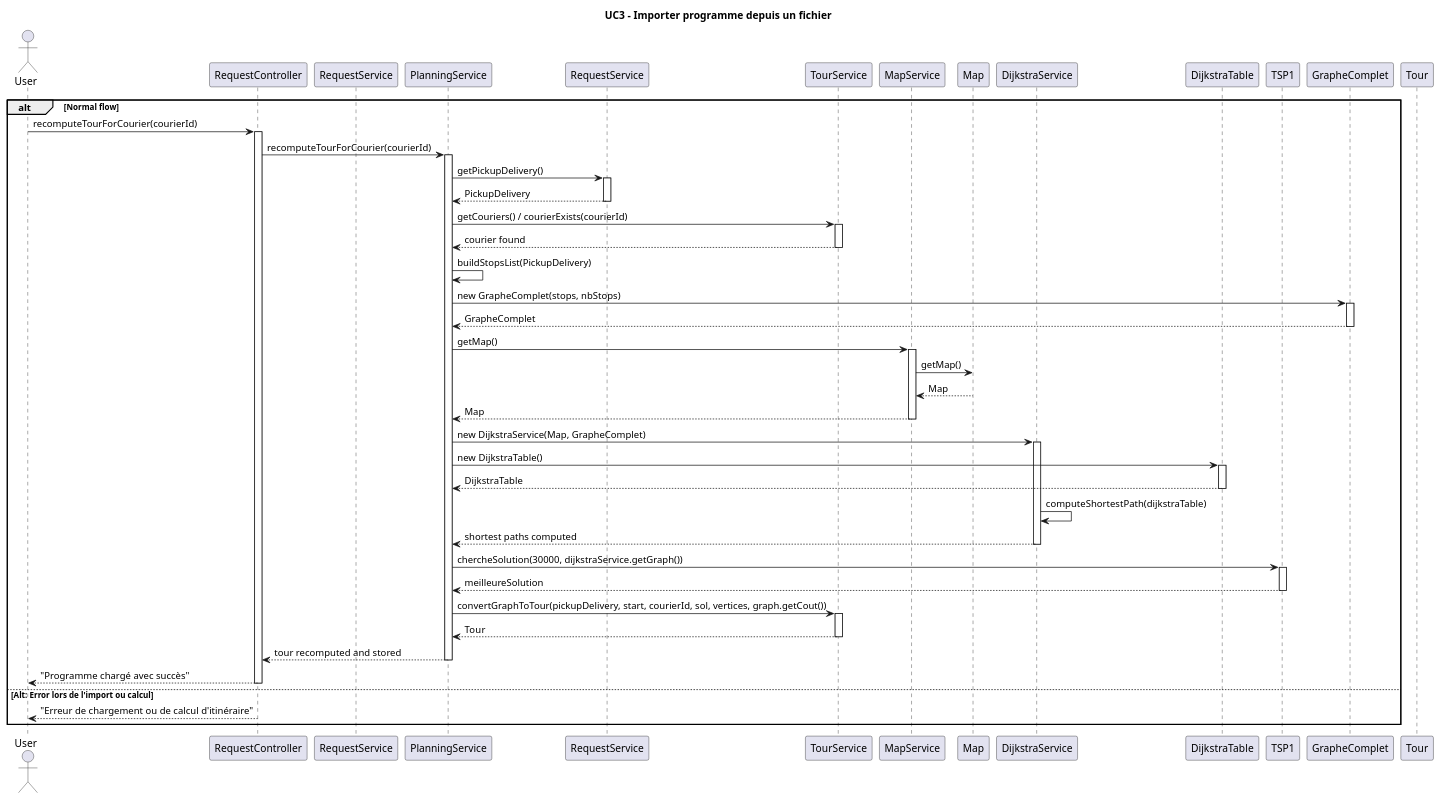
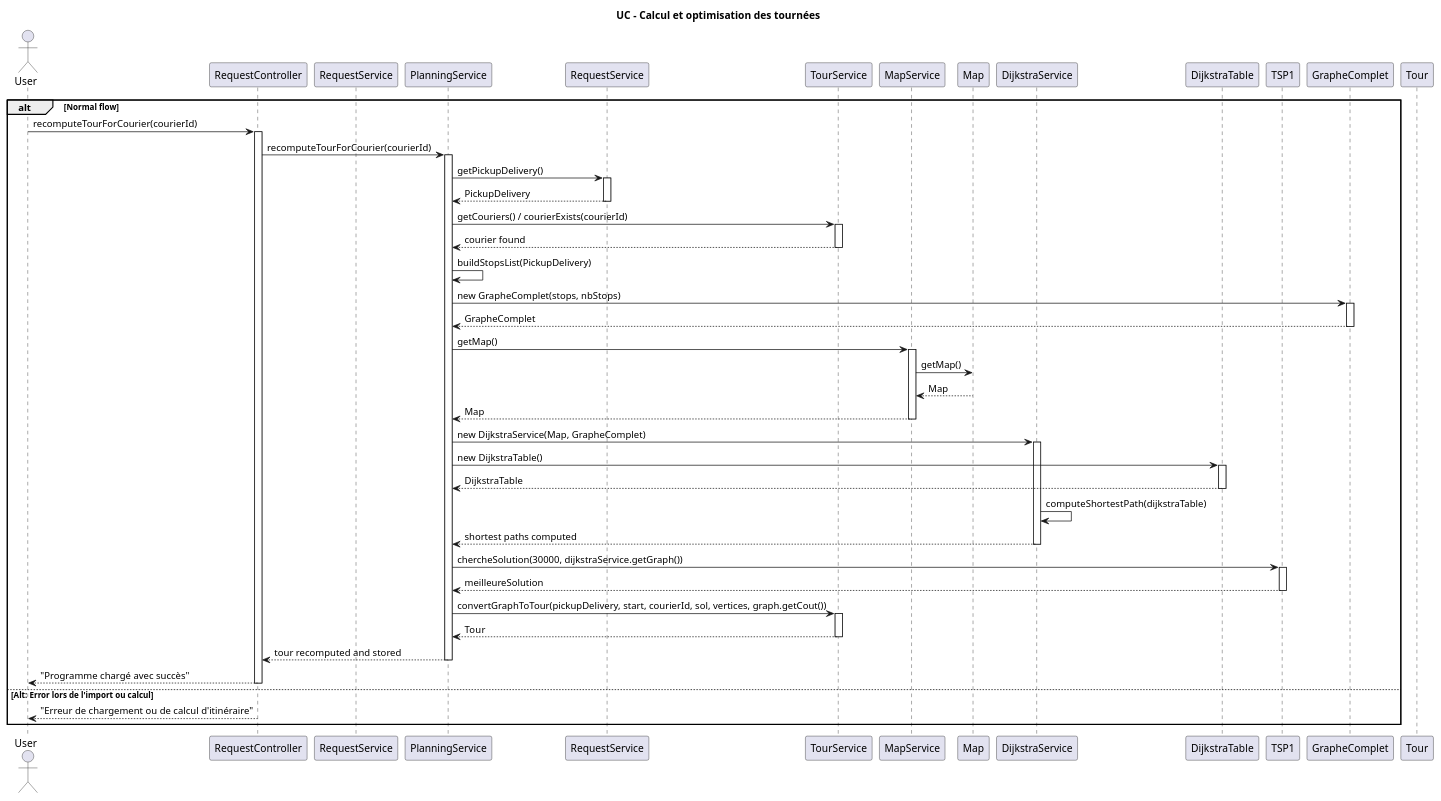
Before and after one commit to enzo-dosanjos/Pickup_Delivery_App: the diagram in diagrams/diagramUC5.plantuml, drawn with PlantUML. The commit also changed 9 other files, not shown here.

```diff
--- a/diagrams/diagramUC5.plantuml
+++ b/diagrams/diagramUC5.plantuml
@@ -1,82 +1,82 @@
 @startuml
-title UC3 – Importer programme depuis un fichier
+title UC – Calcul et optimisation des tournées
 
 actor User
 participant "RequestController" as RC
 participant "RequestService" as RS
 participant "PlanningService" as PS
 participant "RequestService" as RS2
 participant "TourService" as TS
 participant "MapService" as MS
 participant "Map" as MAP
 participant "DijkstraService" as DS
 participant "DijkstraTable" as DT
 participant "TSP1" as TSP
 participant "GrapheComplet" as GC
 participant "Tour" as TOUR
 
 alt Normal flow
     User -> RC : recomputeTourForCourier(courierId)
     activate RC
 
     RC -> PS : recomputeTourForCourier(courierId)
     activate PS
 
         PS -> RS2 : getPickupDelivery()
         activate RS2
         RS2 --> PS : PickupDelivery
         deactivate RS2
 
         PS -> TS : getCouriers() / courierExists(courierId)
         activate TS
         TS --> PS : courier found
         deactivate TS
 
         ' ---------- BUILD GRAPH ----------
         PS -> PS : buildStopsList(PickupDelivery)
         PS -> GC : new GrapheComplet(stops, nbStops)
         activate GC
         GC --> PS : GrapheComplet
         deactivate GC
 
         ' ---------- DIJKSTRA CALCULATION ----------
         PS -> MS : getMap()
         activate MS
             MS -> MAP : getMap()
             MAP --> MS : Map
         MS --> PS : Map
         deactivate MS
 
         PS -> DS : new DijkstraService(Map, GrapheComplet)
         activate DS
         PS -> DT : new DijkstraTable()
         activate DT
         DT --> PS : DijkstraTable
         deactivate DT
 
         DS -> DS : computeShortestPath(dijkstraTable)
         DS --> PS : shortest paths computed
         deactivate DS
 
         ' ---------- TSP EXECUTION ----------
         PS -> TSP : chercheSolution(30000, dijkstraService.getGraph())
         activate TSP
         TSP --> PS : meilleureSolution
         deactivate TSP
 
         ' ---------- CONVERT TO TOUR ----------
         PS -> TS : convertGraphToTour(pickupDelivery, start, courierId, sol, vertices, graph.getCout())
         activate TS
         TS --> PS : Tour
         deactivate TS
 
     PS --> RC : tour recomputed and stored
     deactivate PS
 
     RC --> User : "Programme chargé avec succès"
     deactivate RC
 
 else Alt: Error lors de l'import ou calcul
     RC --> User : "Erreur de chargement ou de calcul d'itinéraire"
 end
 @enduml
```
